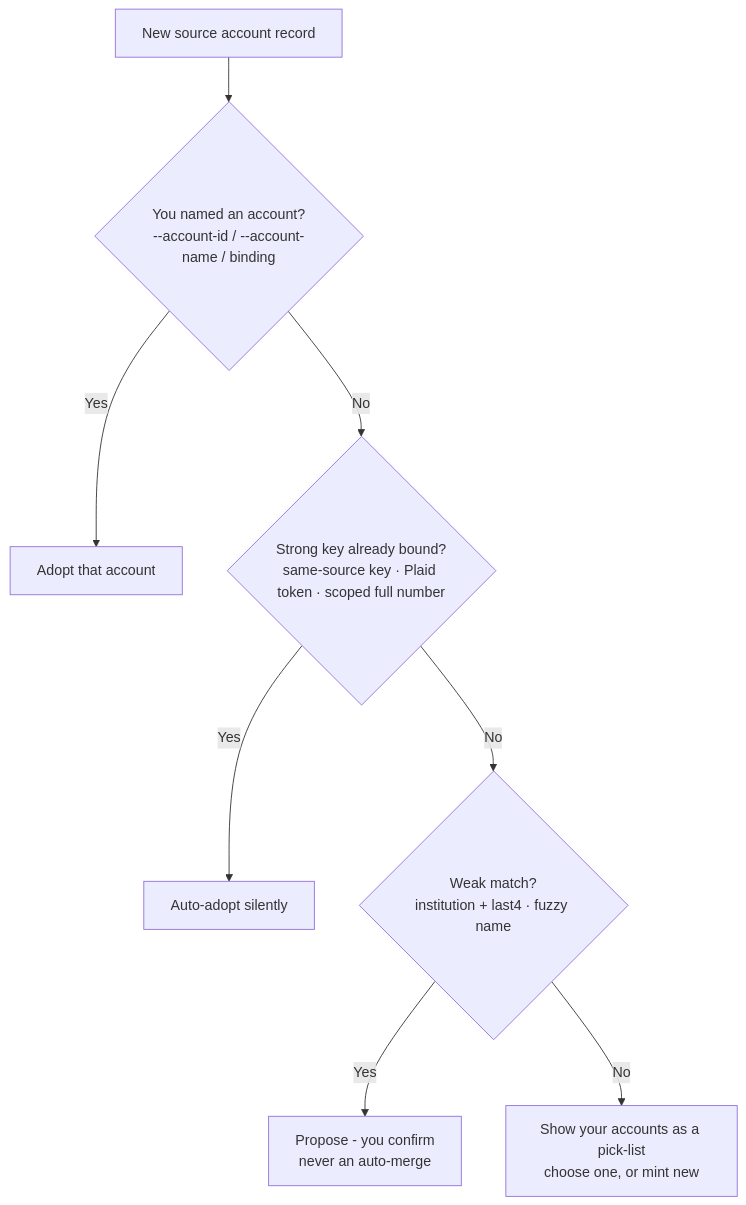
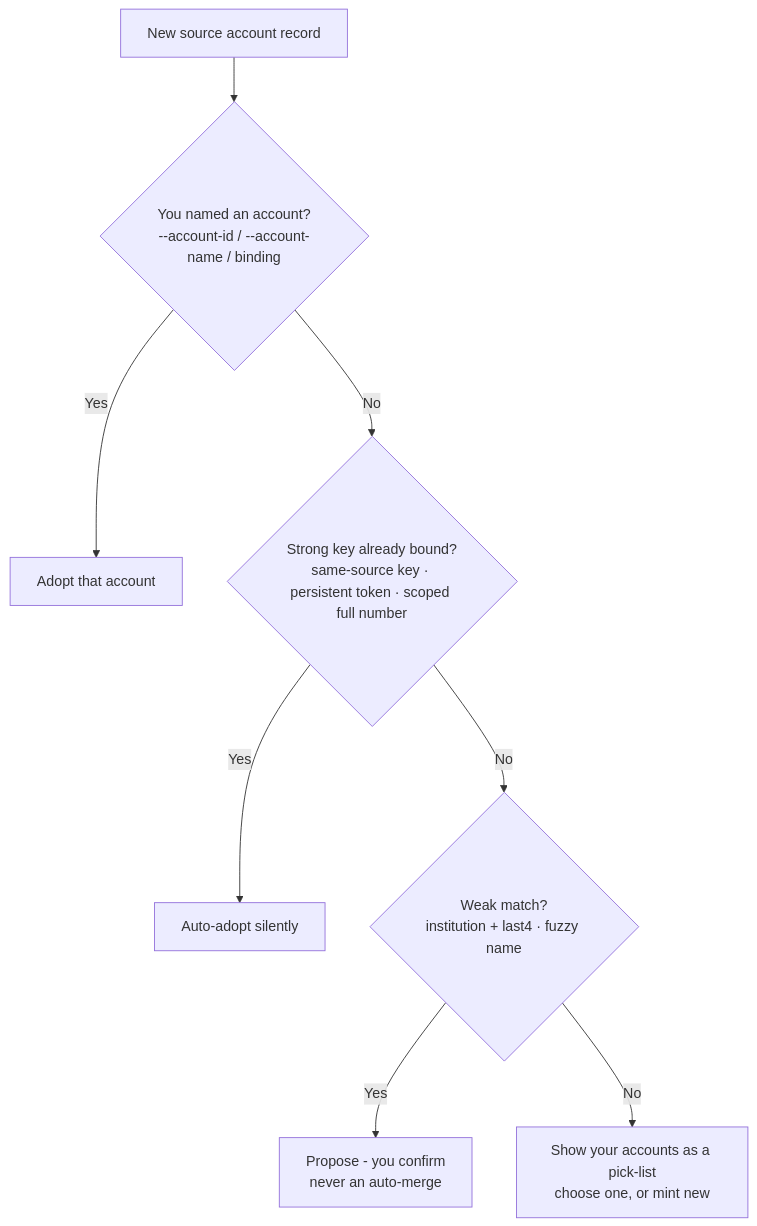
One commit to bsaffel/moneybin changed the diagram in docs/reference/account-matching.md. Above: the diagram before and after it, drawn with Mermaid. The commit also changed other lines of this file and 16 other files, not shown here.

````diff
--- a/docs/reference/account-matching.md
+++ b/docs/reference/account-matching.md
@@ -34,10 +34,10 @@
 ```mermaid
 flowchart TD
     A[New source account record] --> B{You named an account?<br/>--account-id / --account-name / binding}
     B -->|Yes| ADOPT[Adopt that account]
-    B -->|No| C{Strong key already bound?<br/>same-source key · Plaid token · scoped full number}
+    B -->|No| C{Strong key already bound?<br/>same-source key · persistent token · scoped full number}
     C -->|Yes| AUTO[Auto-adopt silently]
     C -->|No| D{Weak match?<br/>institution + last4 · fuzzy name}
     D -->|Yes| REVIEW[Propose - you confirm<br/>never an auto-merge]
     D -->|No| E[Show your accounts as a pick-list<br/>choose one, or mint new]
 ```
````
